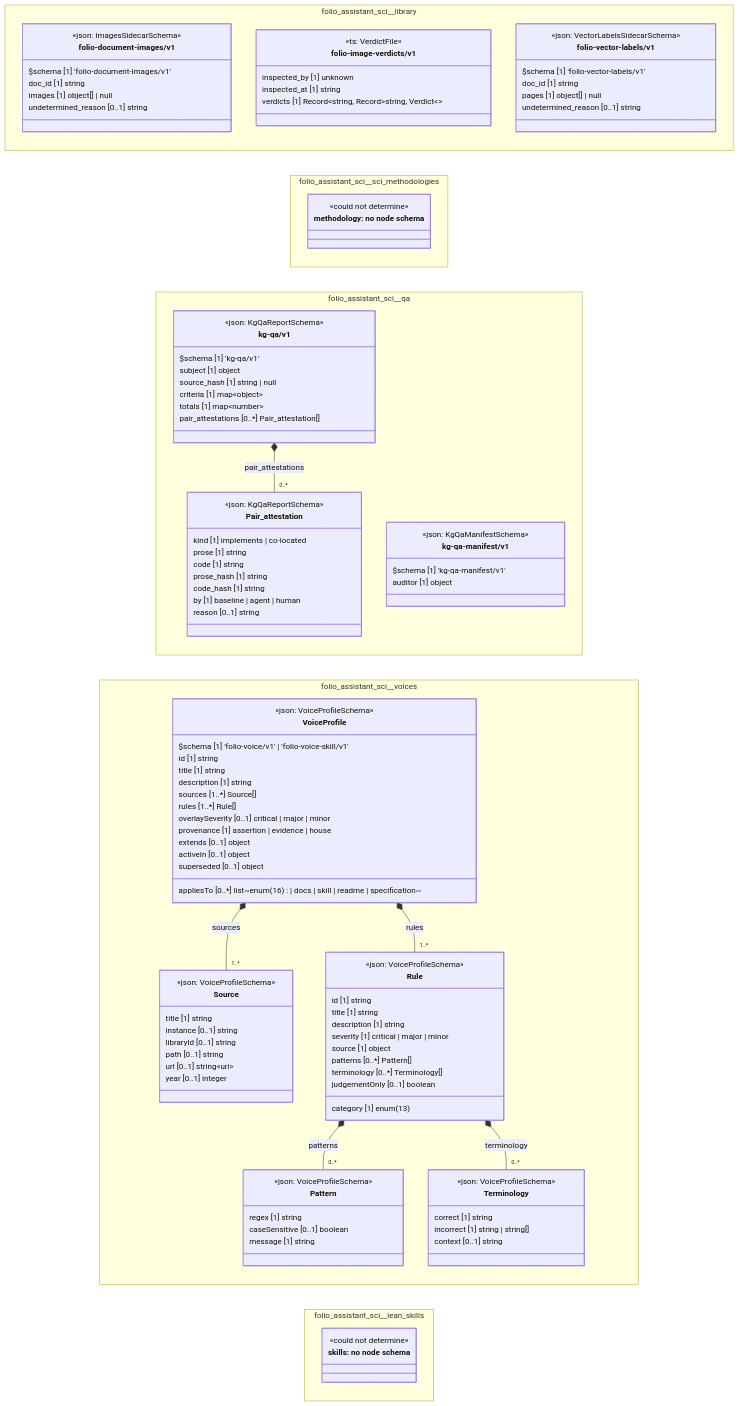
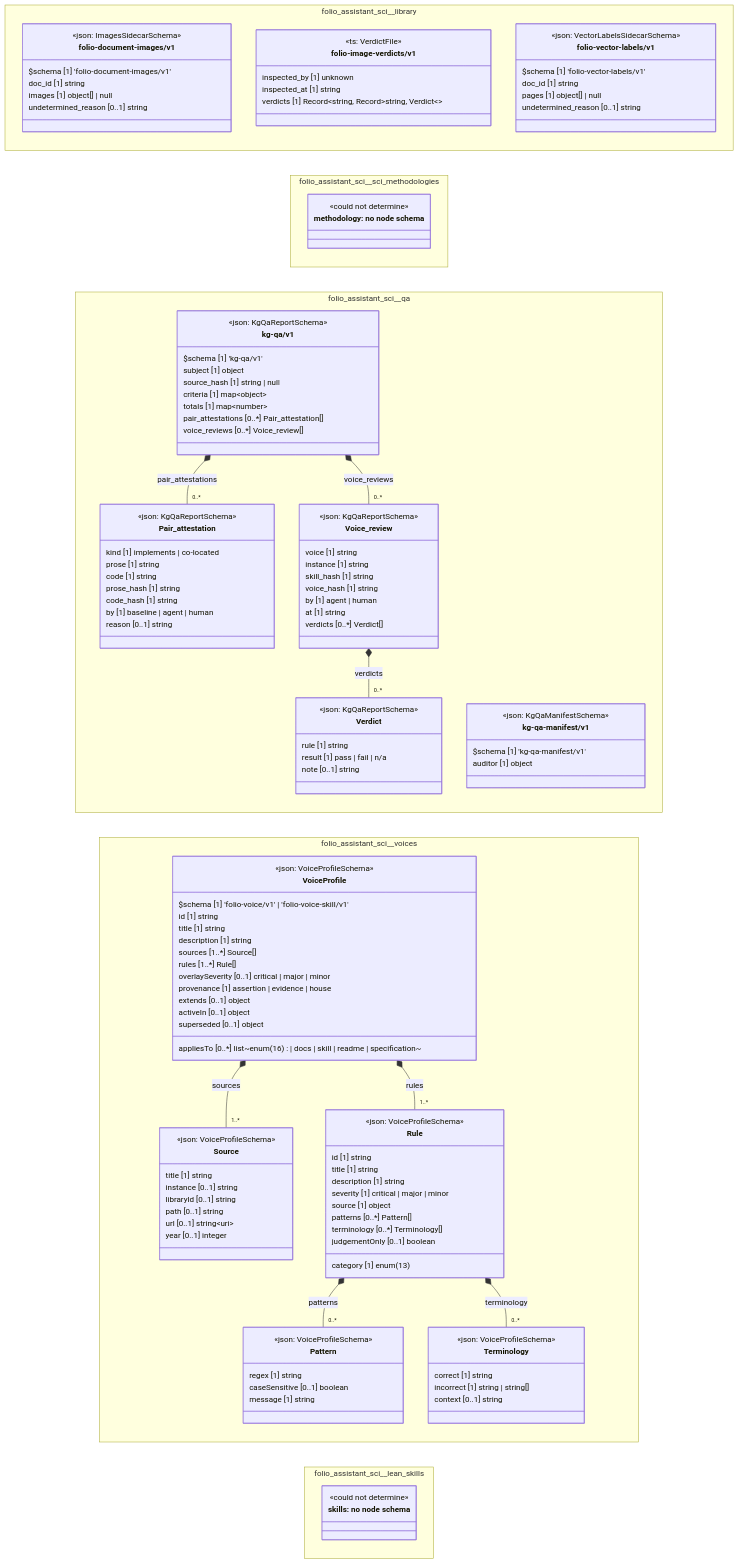
Before and after one commit to litlfred/folio-assistant: the diagram in cat-harness/docs/uml/overview/folio-assistant-sci.md, drawn with Mermaid. The commit also changed 573 other files, not shown here.

First line of the commit message:
rkqp: agentic review axis for skills against the skill voices

```diff
--- a/cat-harness/docs/uml/overview/folio-assistant-sci.md
+++ b/cat-harness/docs/uml/overview/folio-assistant-sci.md
@@ -88,6 +88,22 @@
       by [1] baseline | agent | human
       reason [0..1] string
     }
+    class folio_assistant_sci_qa_kg_qa_v1_Verdict["Verdict"] {
+      <<json: KgQaReportSchema>>
+      rule [1] string
+      result [1] pass | fail | n/a
+      note [0..1] string
+    }
+    class folio_assistant_sci_qa_kg_qa_v1_Voice_review["Voice_review"] {
+      <<json: KgQaReportSchema>>
+      voice [1] string
+      instance [1] string
+      skill_hash [1] string
+      voice_hash [1] string
+      by [1] agent | human
+      at [1] string
+      verdicts [0..*] Verdict[]
+    }
     class folio_assistant_sci_qa_kg_qa_v1_kg_qa_v1["kg-qa/v1"] {
       <<json: KgQaReportSchema>>
       $schema [1] 'kg-qa/v1'
@@ -96,6 +112,7 @@
       criteria [1] map~object~
       totals [1] map~number~
       pair_attestations [0..*] Pair_attestation[]
+      voice_reviews [0..*] Voice_review[]
     }
     class folio_assistant_sci_qa_kg_qa_manifest_v1_kg_qa_manifest_v1["kg-qa-manifest/v1"] {
       <<json: KgQaManifestSchema>>
@@ -164,7 +181,11 @@
   cssClass "n_folio_assistant_sci_sci_methodologies_methodology" fa_uml_kind_methodology
   cssClass "n_folio_assistant_sci_sci_methodologies_methodology" fa_uml_undetermined
   folio_assistant_sci_qa_kg_qa_v1_kg_qa_v1 *-- "0..*" folio_assistant_sci_qa_kg_qa_v1_Pair_attestation : pair_attestations
+  folio_assistant_sci_qa_kg_qa_v1_Voice_review *-- "0..*" folio_assistant_sci_qa_kg_qa_v1_Verdict : verdicts
+  folio_assistant_sci_qa_kg_qa_v1_kg_qa_v1 *-- "0..*" folio_assistant_sci_qa_kg_qa_v1_Voice_review : voice_reviews
   cssClass "folio_assistant_sci_qa_kg_qa_v1_Pair_attestation" fa_uml_kind_qa
+  cssClass "folio_assistant_sci_qa_kg_qa_v1_Verdict" fa_uml_kind_qa
+  cssClass "folio_assistant_sci_qa_kg_qa_v1_Voice_review" fa_uml_kind_qa
   cssClass "folio_assistant_sci_qa_kg_qa_v1_kg_qa_v1" fa_uml_kind_qa
   cssClass "folio_assistant_sci_qa_kg_qa_manifest_v1_kg_qa_manifest_v1" fa_uml_kind_qa
   folio_assistant_sci_voices_VoiceProfile *-- "1..*" folio_assistant_sci_voices_Source : sources
```
